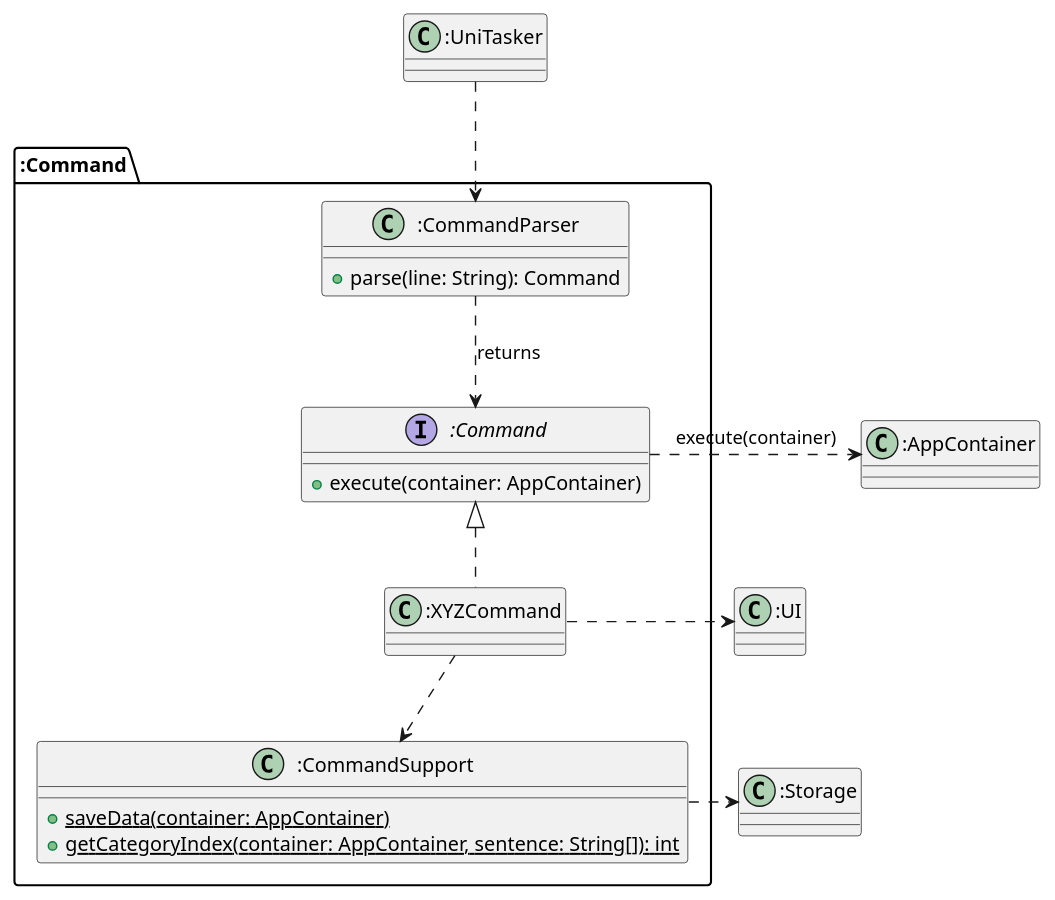
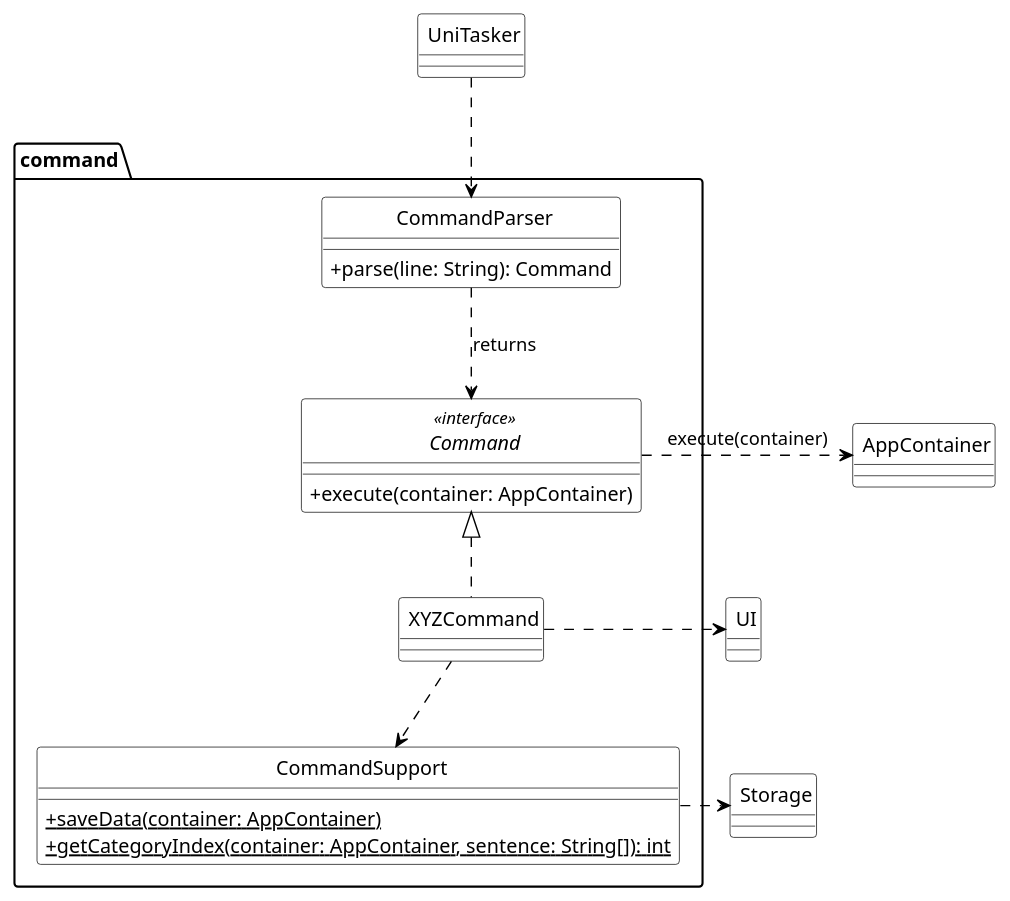
One commit to michaelshyam1/tp changed the diagram in docs/puml/CommandClassDiagram.puml. Above: the diagram before and after it, drawn with PlantUML. The commit also changed 5 other files, not shown here.

Commit message:
Edit puml diagram

```diff
--- a/docs/puml/CommandClassDiagram.puml
+++ b/docs/puml/CommandClassDiagram.puml
@@ -1,40 +1,48 @@
 @startuml
+skinparam classAttributeIconSize 0
+skinparam CircledCharacterFontSize 0
+skinparam CircledCharacterRadius 0
+skinparam class {
+    BackgroundColor White
+    BorderColor Black
+    ArrowColor Black
+}
 
-package ":Command" {
+package "command" {
 
-interface ":Command" as Command {
+interface Command <<interface>> {
     + execute(container: AppContainer)
 }
 
-class ":CommandParser" as CommandParser {
+class "CommandParser" as CommandParser {
     + parse(line: String): Command
 }
 
-class ":CommandSupport" as CommandSupport {
+class "CommandSupport" as CommandSupport {
     {static} + saveData(container: AppContainer)
     {static} + getCategoryIndex(container: AppContainer, sentence: String[]): int
 }
 
-class ":XYZCommand" as XYZCommand {
+class "XYZCommand" as XYZCommand {
 }
 
 }
 
-class ":AppContainer" as AppContainer
+class "AppContainer" as AppContainer
 
-class ":UniTasker" as UniTasker
-class ":UI" as UI
-class ":Storage" as Storage
+class "UniTasker" as UniTasker
+class "UI" as UI
+class "Storage" as Storage
 
 UniTasker ..> CommandParser
 
 CommandParser ..> Command : returns
 Command <|.. XYZCommand
 
 XYZCommand ..> CommandSupport
 Command .right.> AppContainer : execute(container)
 
 XYZCommand .right.> UI
 CommandSupport .right.> Storage
 
 @enduml
```
